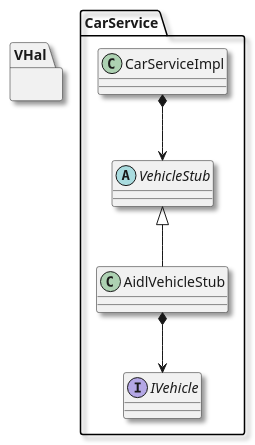
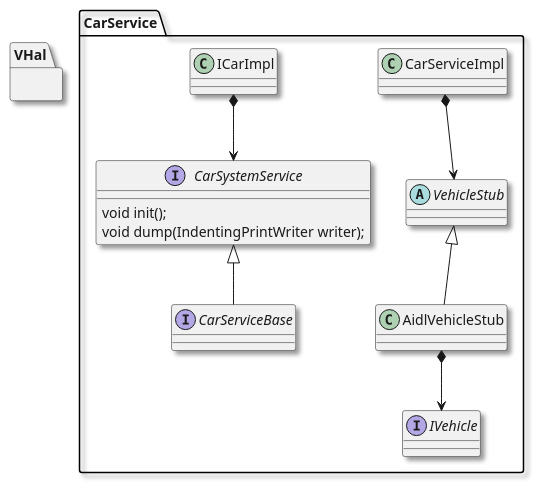
One commit to Ethen-Cao/ethenslab changed the diagram in static/images/plantuml/carimpl.puml. Above: the diagram before and after it, drawn with PlantUML. The commit also changed 11 other files, not shown here.

```diff
--- a/static/images/plantuml/carimpl.puml
+++ b/static/images/plantuml/carimpl.puml
@@ -1,31 +1,47 @@
 @startuml
 
 skinparam defaultFontName "Noto Sans"
 skinparam defaultFontColor #1A1A1A
 skinparam defaultFontSize 14
 skinparam shadowing true
 
 package CarService {
     class CarServiceImpl {
 
     }
 
     abstract VehicleStub {
 
     }
 
+    class ICarImpl {
+
+    }
+
+    interface CarSystemService {
+        void init();
+        void dump(IndentingPrintWriter writer);
+    }
+
+    ICarImpl *--> CarSystemService
+
+    interface CarServiceBase extends CarSystemService
+
+ 
+    
+
     class AidlVehicleStub extends VehicleStub
 
     interface IVehicle
 
 
     CarServiceImpl *--> VehicleStub
     AidlVehicleStub *--> IVehicle
 
 }
 
 package VHal {
     
 }
 
 @enduml
```
